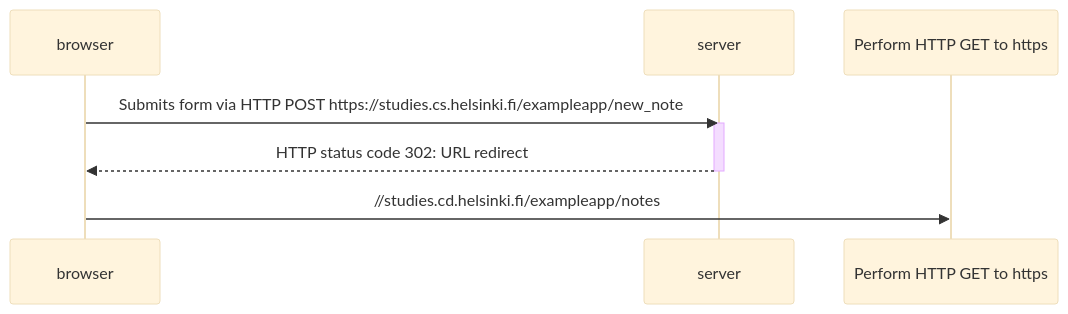
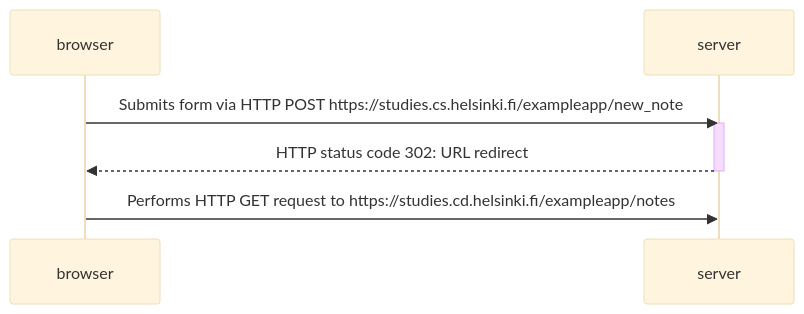
One commit to wkxalwtpg94/FullstackOpen_kx changed the diagram in part0/0.4newnote.md. Above: the diagram before and after it, drawn with Mermaid (base theme).

Commit message:
Add GET requests for HTML, CSS and JS

````diff
--- a/part0/0.4newnote.md
+++ b/part0/0.4newnote.md
@@ -1,25 +1,25 @@
 ```mermaid
 sequenceDiagram
     participant browser
     participant server
 
     browser->>server: Submits form via HTTP POST https://studies.cs.helsinki.fi/exampleapp/new_note
     activate server
     server-->>browser: HTTP status code 302: URL redirect
     deactivate server
 
-    browser->> Perform HTTP GET to https://studies.cd.helsinki.fi/exampleapp/notes
-    
+    browser->> server: Performs HTTP GET request to https://studies.cd.helsinki.fi/exampleapp/notes
+
 
 
 
 
 
 
 
 
 
 
 
 
 ```
````
